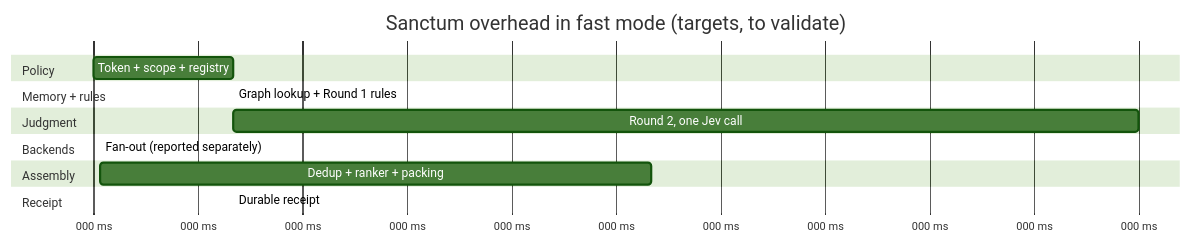
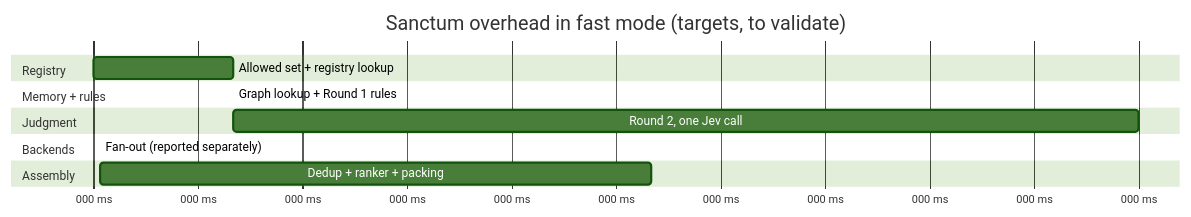
One commit to arunmenon/sanctum changed diagram 11 of 11 in design/intelligence-layer/hld.md. Above: the diagram before and after it, drawn with Mermaid (forest theme). The commit also changed other lines of this file and 7 other files, not shown here.

````diff
--- a/design/intelligence-layer/hld.md
+++ b/design/intelligence-layer/hld.md
@@ -573,18 +545,16 @@
 ```mermaid
 gantt
     title Sanctum overhead in fast mode (targets, to validate)
     dateFormat X
     axisFormat %L ms
-    section Policy
-    Token + scope + registry      :p1, 0, 20
+    section Registry
+    Allowed set + registry lookup :p1, 0, 20
     section Memory + rules
     Graph lookup + Round 1 rules  :g1, after p1, 20
     section Judgment
     Round 2, one Jev call         :j1, after g1, 150
     section Backends
     Fan-out (reported separately) :crit, b1, after j1, 1
     section Assembly
     Dedup + ranker + packing      :a1, after b1, 80
-    section Receipt
-    Durable receipt               :r1, after a1, 20
 ```
````
